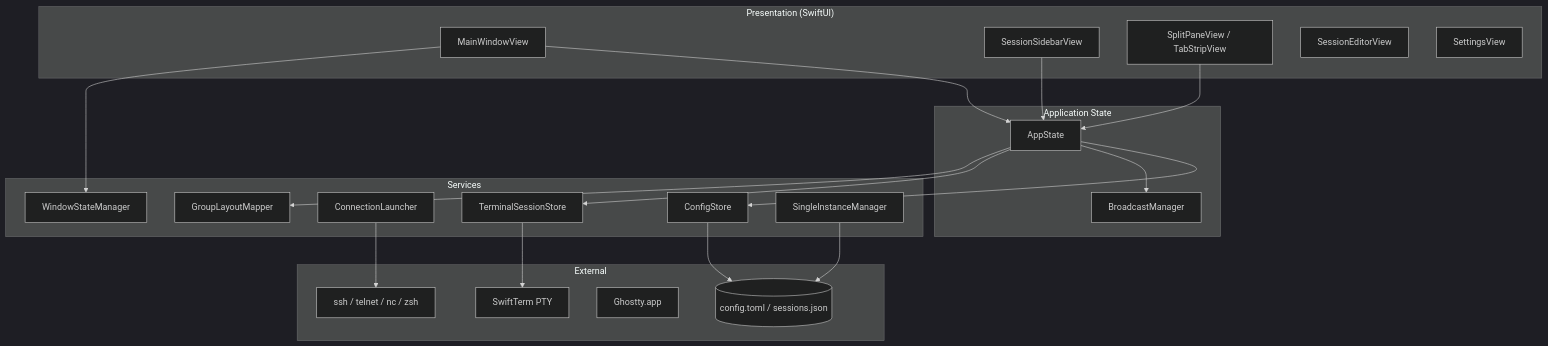
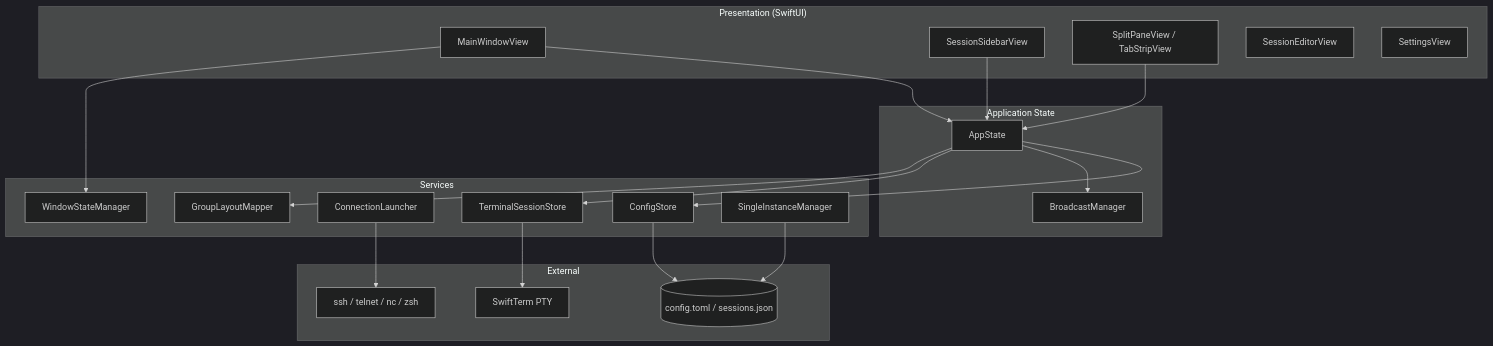
Before and after one commit to ashutoshkumarsinha/terminalmanager: the first of 6 diagrams in docs/HLD.md, drawn with Mermaid (dark theme). The commit also changed other lines of this file and 13 other files, not shown here.

Commit message:
Remove Ghostty and refresh the in-app user guide and docs.

````diff
--- a/docs/HLD.md
+++ b/docs/HLD.md
@@ -12,44 +12,43 @@
 ```mermaid
 flowchart TB
     subgraph UI["Presentation (SwiftUI)"]
         MW[MainWindowView]
         SB[SessionSidebarView]
         SP[SplitPaneView / TabStripView]
         SE[SessionEditorView]
         ST[SettingsView]
     end
 
     subgraph State["Application State"]
         AS[AppState]
         BM[BroadcastManager]
     end
 
     subgraph Services["Services"]
         CS[ConfigStore]
         TS[TerminalSessionStore]
         CL[ConnectionLauncher]
         GL[GroupLayoutMapper]
         WSM[WindowStateManager]
         SIM[SingleInstanceManager]
     end
 
     subgraph External["External"]
         STerm[SwiftTerm PTY]
         Sys[ssh / telnet / nc / zsh]
-        GT[Ghostty.app]
         FS[(config.toml / sessions.json)]
     end
 
     MW --> AS
     SB --> AS
     SP --> AS
     AS --> CS
     AS --> BM
     AS --> TS
     CS --> FS
     TS --> STerm
     CL --> Sys
     AS --> GL
     MW --> WSM
     SIM --> FS
 ```
````
